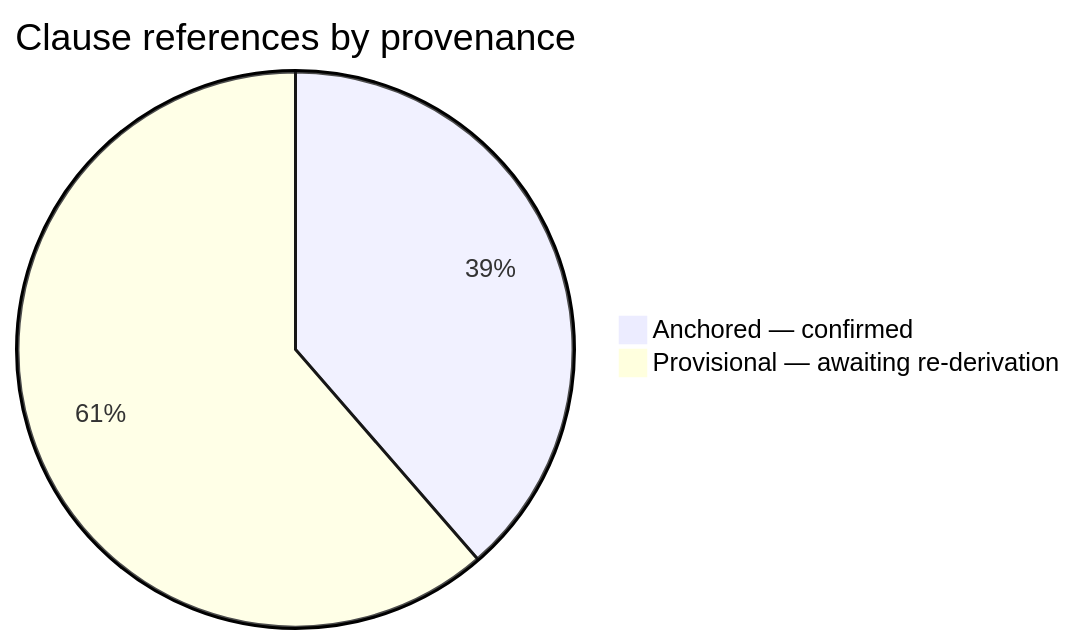
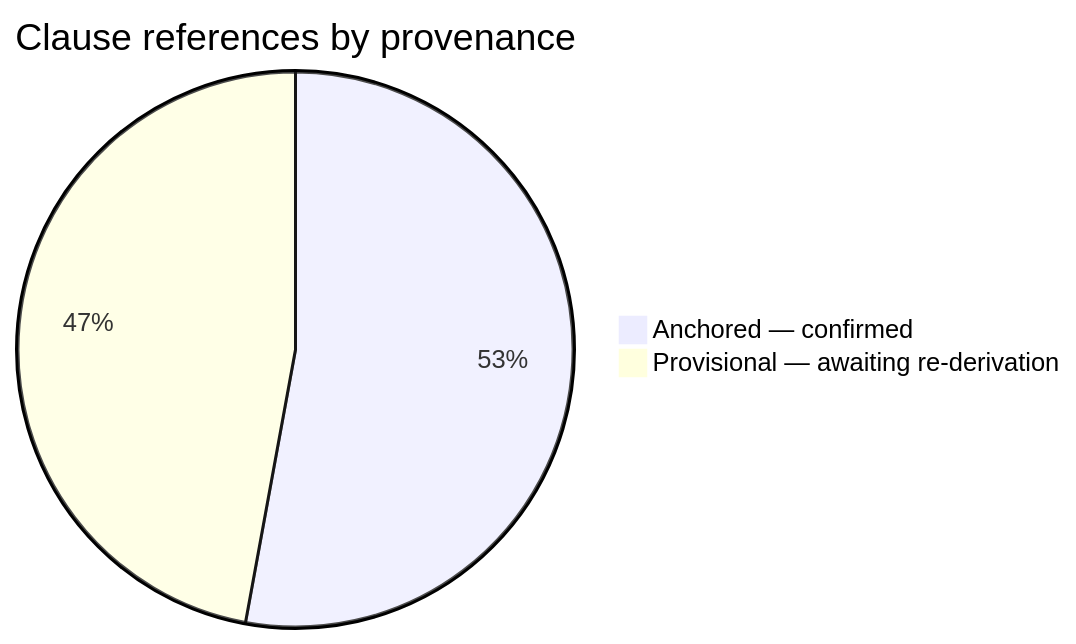
Before and after one commit to shubhamjha16/BOM_Automation: the first of 3 diagrams in docs/COMPLIANCE_MATRIX.md, drawn with Mermaid. The commit also changed other lines of this file and 28 other files, not shown here.

````diff
--- a/docs/COMPLIANCE_MATRIX.md
+++ b/docs/COMPLIANCE_MATRIX.md
@@ -17,5 +17,5 @@
 ```mermaid
 pie title Clause references by provenance
-    "Anchored — confirmed" : 39
-    "Provisional — awaiting re-derivation" : 62
+    "Anchored — confirmed" : 55
+    "Provisional — awaiting re-derivation" : 49
 ```
````
